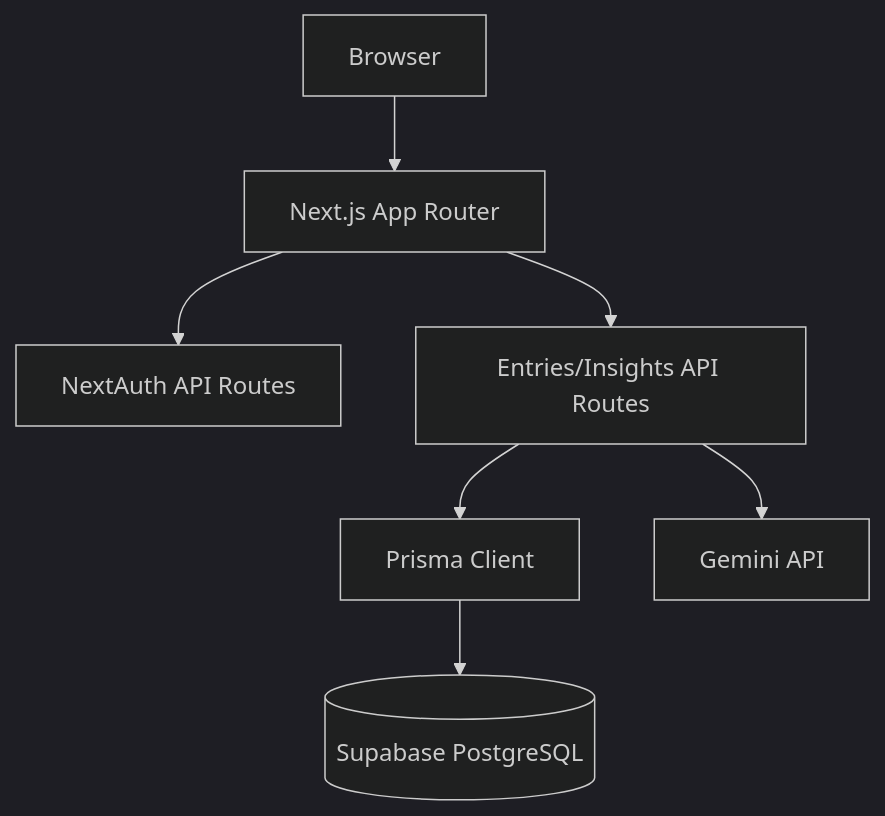
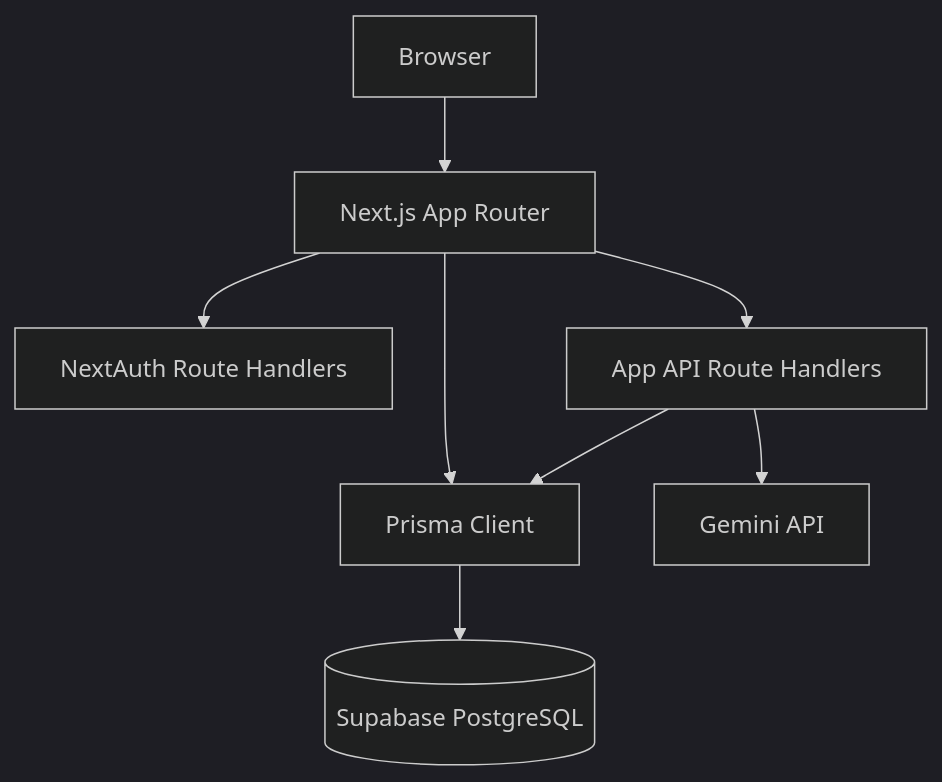
The first of 2 diagrams in README.md (angy255/resetFlo), drawn with Mermaid (dark theme) before and after one commit. The commit also changed other lines of this file, not shown here.

Commit message:
fixed graph

````diff
--- a/README.md
+++ b/README.md
@@ -53,9 +53,10 @@
 ```mermaid
 graph TD
   Browser --> NextApp[Next.js App Router]
-  NextApp --> Auth[NextAuth API Routes]
-  NextApp --> API[Entries/Insights API Routes]
-  API --> Prisma[Prisma Client]
+  NextApp --> Auth[NextAuth Route Handlers]
+  NextApp --> RouteHandlers[App API Route Handlers]
+  NextApp --> Prisma[Prisma Client]
+  RouteHandlers --> Prisma
   Prisma --> Supabase[(Supabase PostgreSQL)]
-  API --> Gemini[Gemini API]
+  RouteHandlers --> Gemini[Gemini API]
 ```
````
